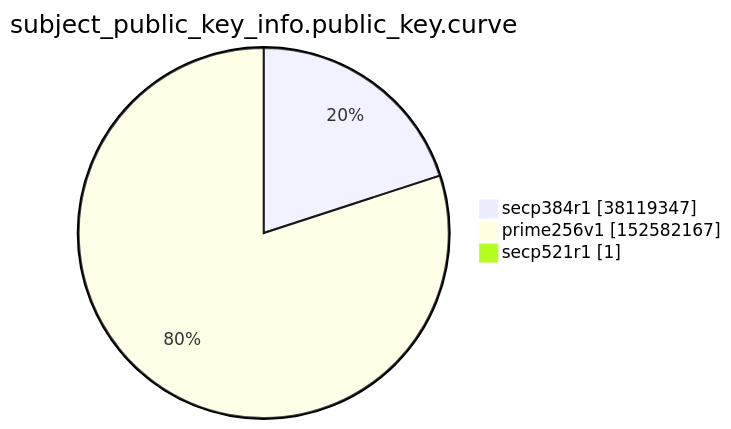
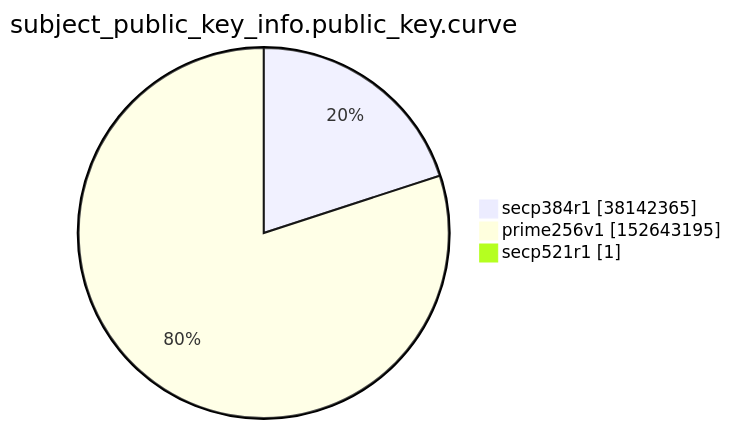
One commit to christiankrug/ctmonitor_visualization changed the ninth of 15 diagrams in xenon2022/README.md. Above: the diagram before and after it, drawn with Mermaid. The commit also changed other lines of this file, not shown here.

````diff
--- a/xenon2022/README.md
+++ b/xenon2022/README.md
@@ -2860,7 +2860,7 @@
 ```mermaid
 pie showData
 title subject_public_key_info.public_key.curve
-"secp384r1" :38119347
-"prime256v1" :152582167
+"secp384r1" :38142365
+"prime256v1" :152643195
 "secp521r1" :1
 ```
````
